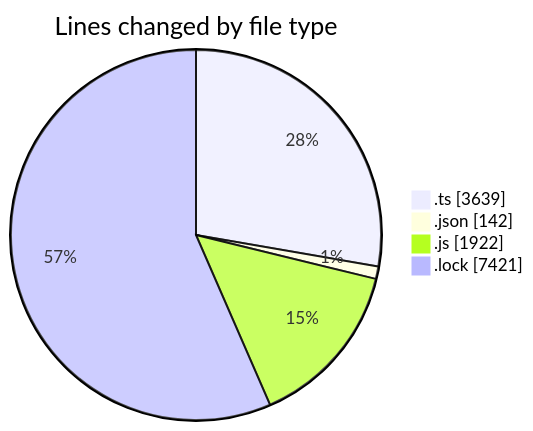
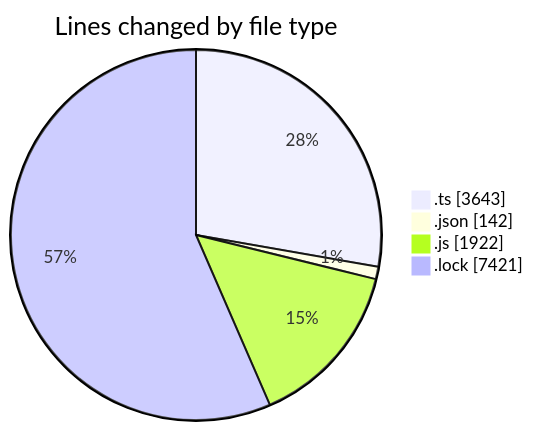
The first of 2 diagrams in 2025-07-30/cda/README.md (momahboobian/code-tracking), drawn with Mermaid before and after one commit. The commit also changed other lines of this file and 1 other file, not shown here.

````diff
--- a/2025-07-30/cda/README.md
+++ b/2025-07-30/cda/README.md
@@ -29,8 +29,8 @@
 ```mermaid
 pie showData
 title Lines changed by file type
-".ts" : 3639
+".ts" : 3643
 ".json" : 142
 ".js" : 1922
 ".lock" : 7421
 ```
````
